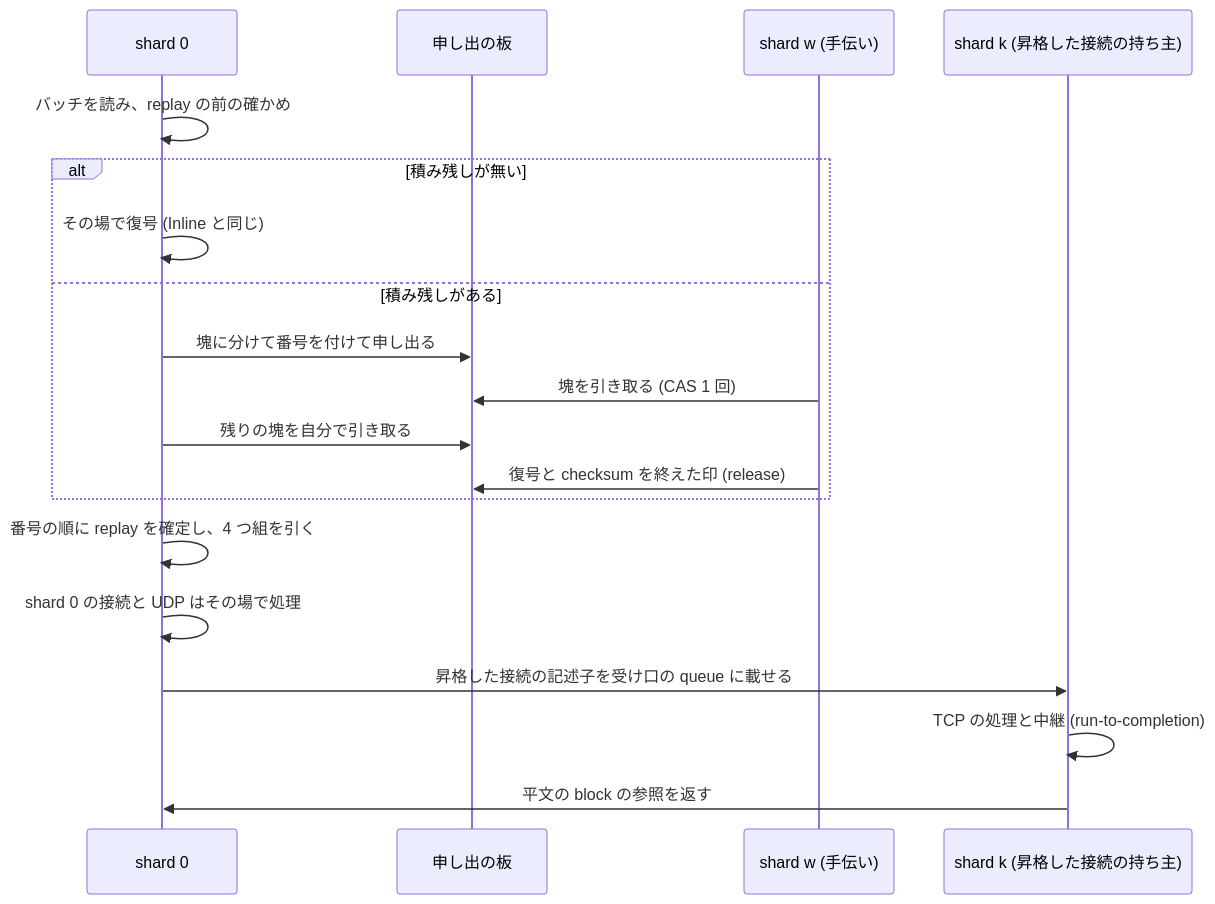
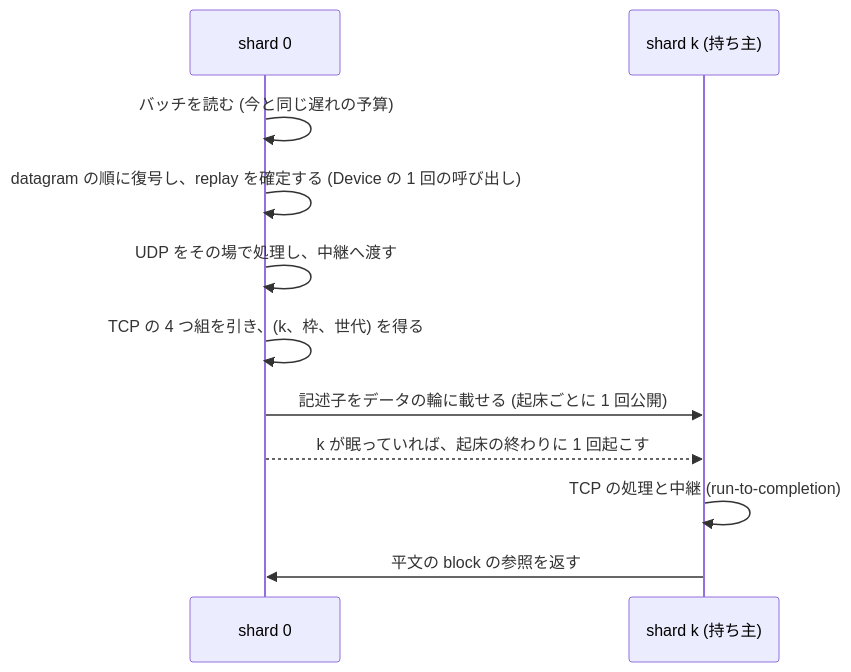
Before and after one commit to rahanahu/wgft: the second of 3 diagrams in docs/design/proposals/parallel-engine/ownership.md, drawn with Mermaid. The commit also changed other lines of this file and 6 other files, not shown here.

````diff
--- a/docs/design/proposals/parallel-engine/ownership.md
+++ b/docs/design/proposals/parallel-engine/ownership.md
@@ -111,21 +130,13 @@
 ```mermaid
 sequenceDiagram
   participant Z as shard 0
-  participant B as 申し出の板
-  participant W as shard w (手伝い)
-  participant O as shard k (昇格した接続の持ち主)
-  Z->>Z: バッチを読み、replay の前の確かめ
-  alt 積み残しが無い
-    Z->>Z: その場で復号 (Inline と同じ)
-  else 積み残しがある
-    Z->>B: 塊に分けて番号を付けて申し出る
-    W->>B: 塊を引き取る (CAS 1 回)
-    Z->>B: 残りの塊を自分で引き取る
-    W->>B: 復号と checksum を終えた印 (release)
-  end
-  Z->>Z: 番号の順に replay を確定し、4 つ組を引く
-  Z->>Z: shard 0 の接続と UDP はその場で処理
-  Z->>O: 昇格した接続の記述子を受け口の queue に載せる
-  O->>O: TCP の処理と中継 (run-to-completion)
-  O->>Z: 平文の block の参照を返す
+  participant K as shard k (持ち主)
+  Z->>Z: バッチを読む (今と同じ遅れの予算)
+  Z->>Z: datagram の順に復号し、replay を確定する (Device の 1 回の呼び出し)
+  Z->>Z: UDP をその場で処理し、中継へ渡す
+  Z->>Z: TCP の 4 つ組を引き、(k、枠、世代) を得る
+  Z->>K: 記述子をデータの輪に載せる (起床ごとに 1 回公開)
+  Z-->>K: k が眠っていれば、起床の終わりに 1 回起こす
+  K->>K: TCP の処理と中継 (run-to-completion)
+  K->>Z: 平文の block の参照を返す
 ```
````
